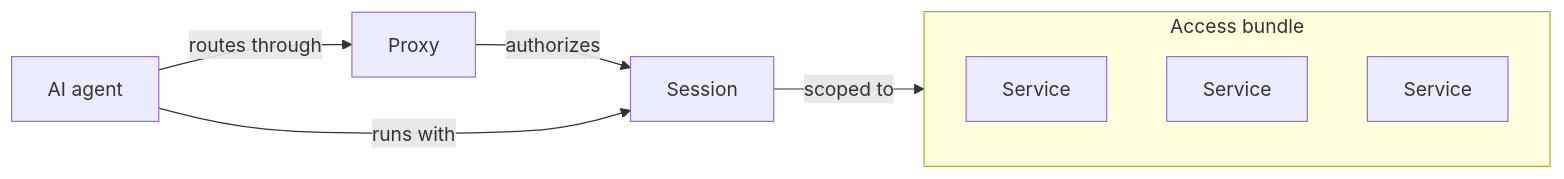
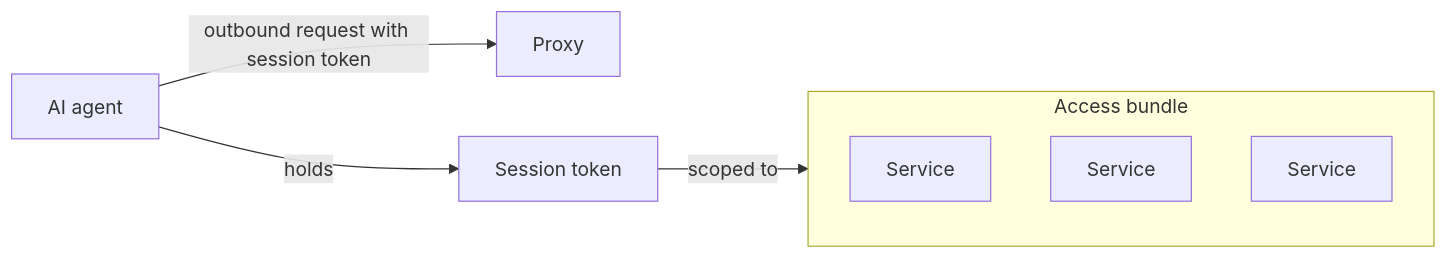
One commit to Infisical/infisical changed the fifth of 6 diagrams in docs/documentation/platform/agent-vault/how-it-works.mdx. Above: the diagram before and after it, drawn with Mermaid. The commit also changed other lines of this file, not shown here.

Commit message:
update mermaid diagrams

````diff
--- a/docs/documentation/platform/agent-vault/how-it-works.mdx
+++ b/docs/documentation/platform/agent-vault/how-it-works.mdx
@@ -77,12 +77,11 @@
     ```mermaid
     flowchart LR
-      agent["AI agent"] -->|"routes through"| proxy["Proxy"]
-      proxy -->|"authorizes"| session["Session"]
-      agent -->|"runs with"| session
-      session -->|"scoped to"| bundle
+      agent["AI agent"] -->|"outbound request with session token"| proxy["Proxy"]
+      agent -->|"holds"| token["Session token"]
+      token -->|"scoped to"| bundle
       subgraph bundle["Access bundle"]
         s1["Service"]
         s2["Service"]
         s3["Service"]
       end
     ```
````
